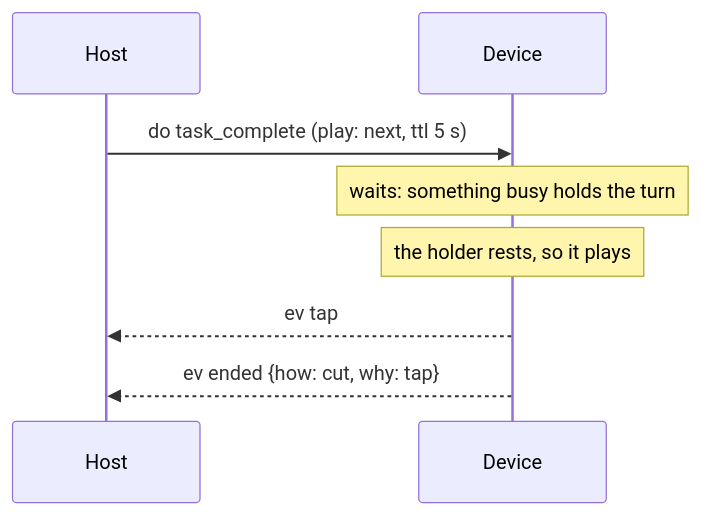
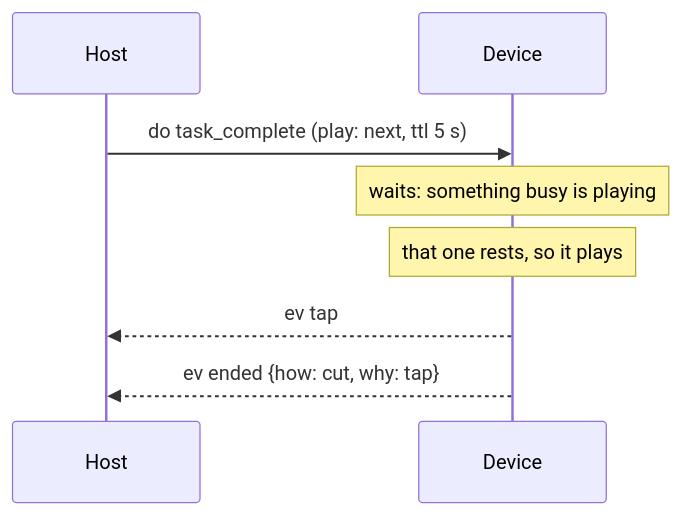
Before and after one commit to Mellow-Machines-Lab/buddygotchi: the second of 2 diagrams in linkkit/ARCHITECTURE.md, drawn with Mermaid. The commit also changed other lines of this file and 174 other files, not shown here.

````diff
--- a/linkkit/ARCHITECTURE.md
+++ b/linkkit/ARCHITECTURE.md
@@ -43,10 +43,10 @@
 ```mermaid
 sequenceDiagram
     participant Host
     participant Device
     Host->>Device: do task_complete (play: next, ttl 5 s)
-    Note over Device: waits: something busy holds the turn
-    Note over Device: the holder rests, so it plays
+    Note over Device: waits: something busy is playing
+    Note over Device: that one rests, so it plays
     Device-->>Host: ev tap
     Device-->>Host: ev ended {how: cut, why: tap}
 ```
````
